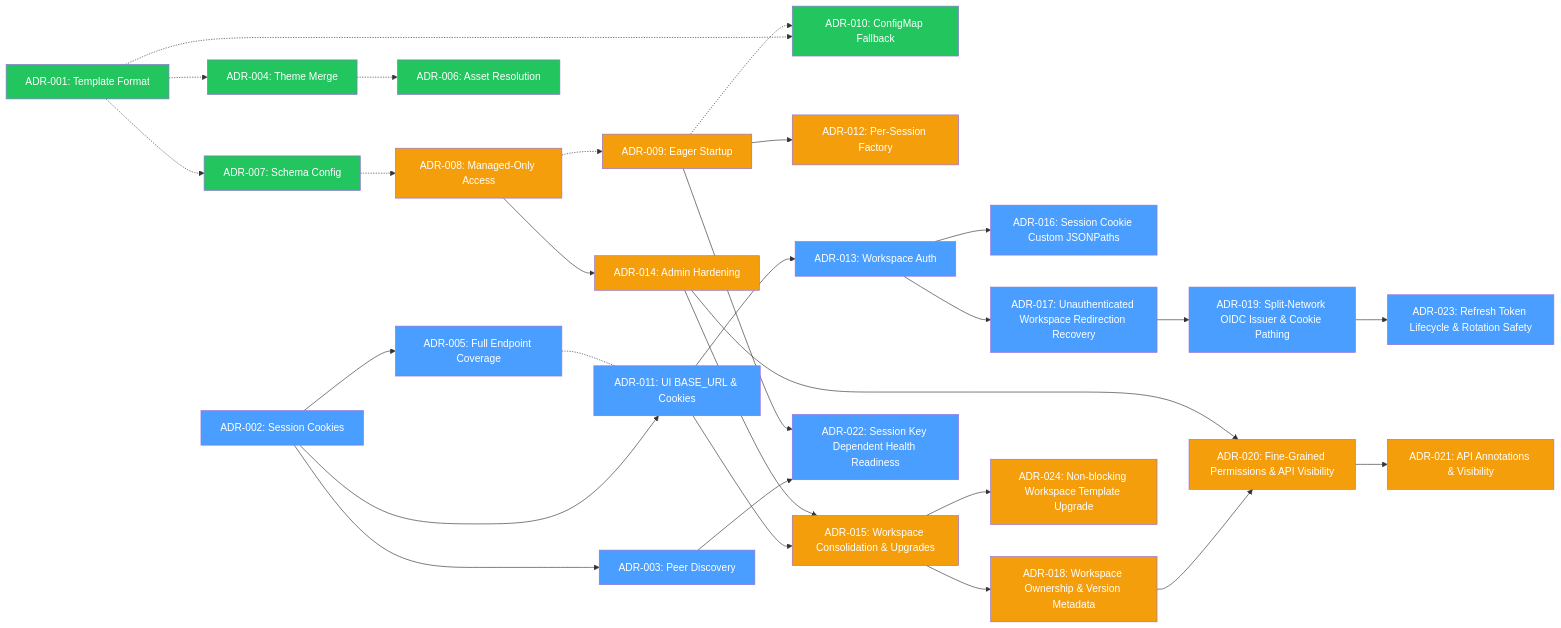
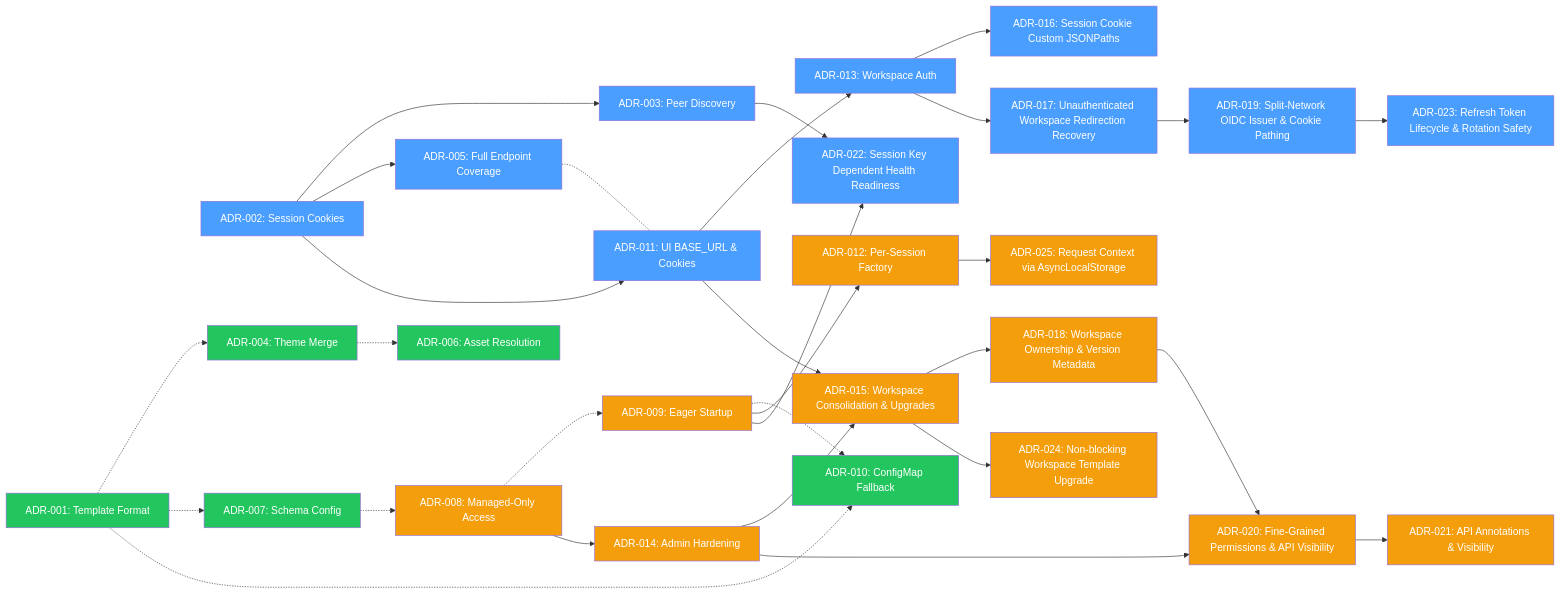
Before and after one commit to nogoo9/no-crd: the diagram in docs/decisions/index.md, drawn with Mermaid. The commit also changed other lines of this file and 75 other files, not shown here.

````diff
--- a/docs/decisions/index.md
+++ b/docs/decisions/index.md
@@ -49,54 +50,56 @@
 ```mermaid
 graph LR
     ADR002["ADR-002: Session Cookies"] --> ADR003["ADR-003: Peer Discovery"]
     ADR002 --> ADR005["ADR-005: Full Endpoint Coverage"]
     ADR001["ADR-001: Template Format"] -.-> ADR004["ADR-004: Theme Merge"]
     ADR004 -.-> ADR006["ADR-006: Asset Resolution"]
     ADR001 -.-> ADR007["ADR-007: Schema Config"]
     ADR007 -.-> ADR008["ADR-008: Managed-Only Access"]
     ADR008 -.-> ADR009["ADR-009: Eager Startup"]
     ADR001 -.-> ADR010["ADR-010: ConfigMap Fallback"]
     ADR009 -.-> ADR010
     ADR002 --> ADR011["ADR-011: UI BASE_URL & Cookies"]
     ADR005 -.- ADR011
     ADR009 --> ADR012["ADR-012: Per-Session Factory"]
     ADR011 --> ADR013["ADR-013: Workspace Auth"]
     ADR008 --> ADR014["ADR-014: Admin Hardening"]
     ADR011 --> ADR015["ADR-015: Workspace Consolidation & Upgrades"]
     ADR014 --> ADR015
     ADR013 --> ADR016["ADR-016: Session Cookie Custom JSONPaths"]
     ADR013 --> ADR017["ADR-017: Unauthenticated Workspace Redirection Recovery"]
     ADR015 --> ADR018["ADR-018: Workspace Ownership & Version Metadata"]
     ADR017 --> ADR019["ADR-019: Split-Network OIDC Issuer & Cookie Pathing"]
     ADR018 --> ADR020["ADR-020: Fine-Grained Permissions & API Visibility"]
     ADR014 --> ADR020
     ADR020 --> ADR021["ADR-021: API Annotations & Visibility"]
     ADR003 --> ADR022["ADR-022: Session Key Dependent Health Readiness"]
     ADR009 --> ADR022
     ADR019 --> ADR023["ADR-023: Refresh Token Lifecycle & Rotation Safety"]
     ADR015 --> ADR024["ADR-024: Non-blocking Workspace Template Upgrade"]
+    ADR012 --> ADR025["ADR-025: Request Context via AsyncLocalStorage"]
     style ADR002 fill:#4a9eff,color:#fff
     style ADR003 fill:#4a9eff,color:#fff
     style ADR005 fill:#4a9eff,color:#fff
     style ADR001 fill:#22c55e,color:#fff
     style ADR004 fill:#22c55e,color:#fff
     style ADR006 fill:#22c55e,color:#fff
     style ADR007 fill:#22c55e,color:#fff
     style ADR008 fill:#f59e0b,color:#fff
     style ADR009 fill:#f59e0b,color:#fff
     style ADR010 fill:#22c55e,color:#fff
     style ADR011 fill:#4a9eff,color:#fff
     style ADR012 fill:#f59e0b,color:#fff
     style ADR013 fill:#4a9eff,color:#fff
     style ADR014 fill:#f59e0b,color:#fff
     style ADR015 fill:#f59e0b,color:#fff
     style ADR016 fill:#4a9eff,color:#fff
     style ADR017 fill:#4a9eff,color:#fff
     style ADR018 fill:#f59e0b,color:#fff
     style ADR019 fill:#4a9eff,color:#fff
     style ADR020 fill:#f59e0b,color:#fff
     style ADR021 fill:#f59e0b,color:#fff
     style ADR022 fill:#4a9eff,color:#fff
     style ADR023 fill:#4a9eff,color:#fff
     style ADR024 fill:#f59e0b,color:#fff
+    style ADR025 fill:#f59e0b,color:#fff
 ```
````
